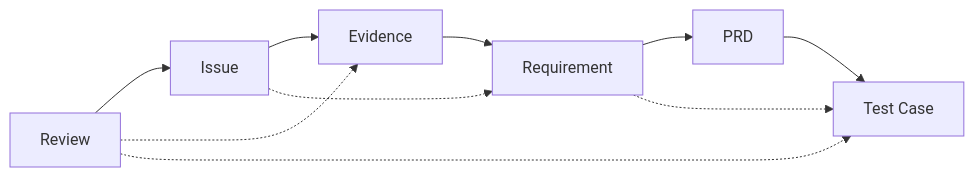
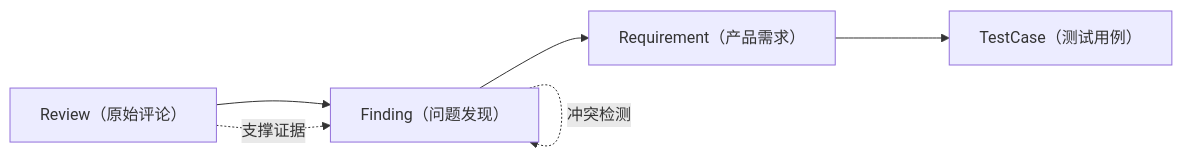
The sixth of 8 diagrams in AppStore_vc/Project Documents/产品文档.md (yanlinchen666/AppStore_The-entire-product-process), drawn with Mermaid before and after one commit. The commit also changed other lines of this file and 49 other files, not shown here.

````diff
--- a/AppStore_vc/Project Documents/产品文档.md
+++ b/AppStore_vc/Project Documents/产品文档.md
@@ -427,13 +474,9 @@
 ```mermaid
 flowchart LR
-    A["Review"] --> B["Issue"]
-    B --> C["Evidence"]
-    C --> D["Requirement"]
-    D --> E["PRD"]
-    E --> F["Test Case"]
+    A["Review（原始评论）"] --> B["Finding（问题发现）"]
+    B --> C["Requirement（产品需求）"]
+    C --> D["TestCase（测试用例）"]
     
-    A -.-> C
-    A -.-> F
-    B -.-> D
-    D -.-> F
+    A -.支撑证据.-> B
+    B -.冲突检测.-> B
 ```
````
